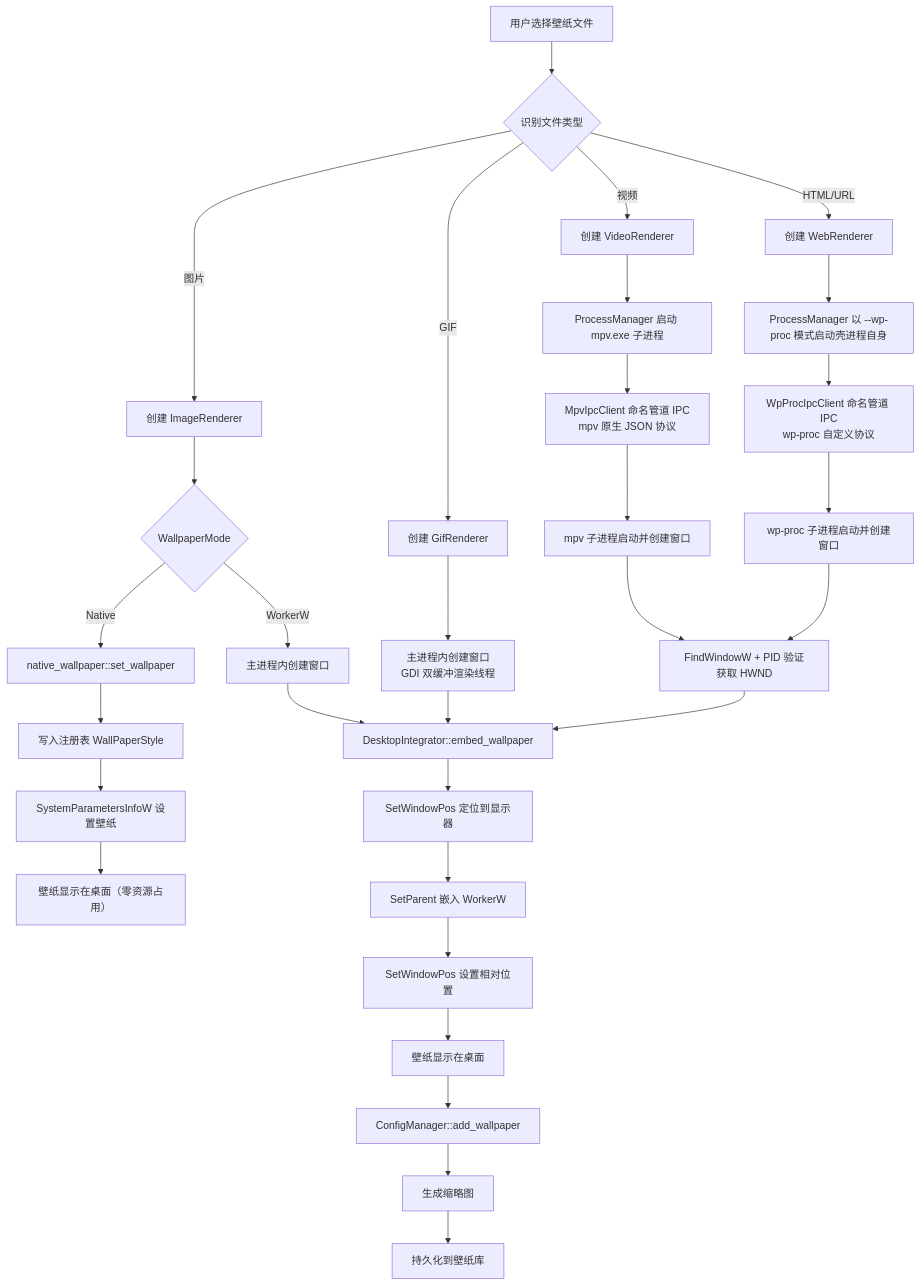
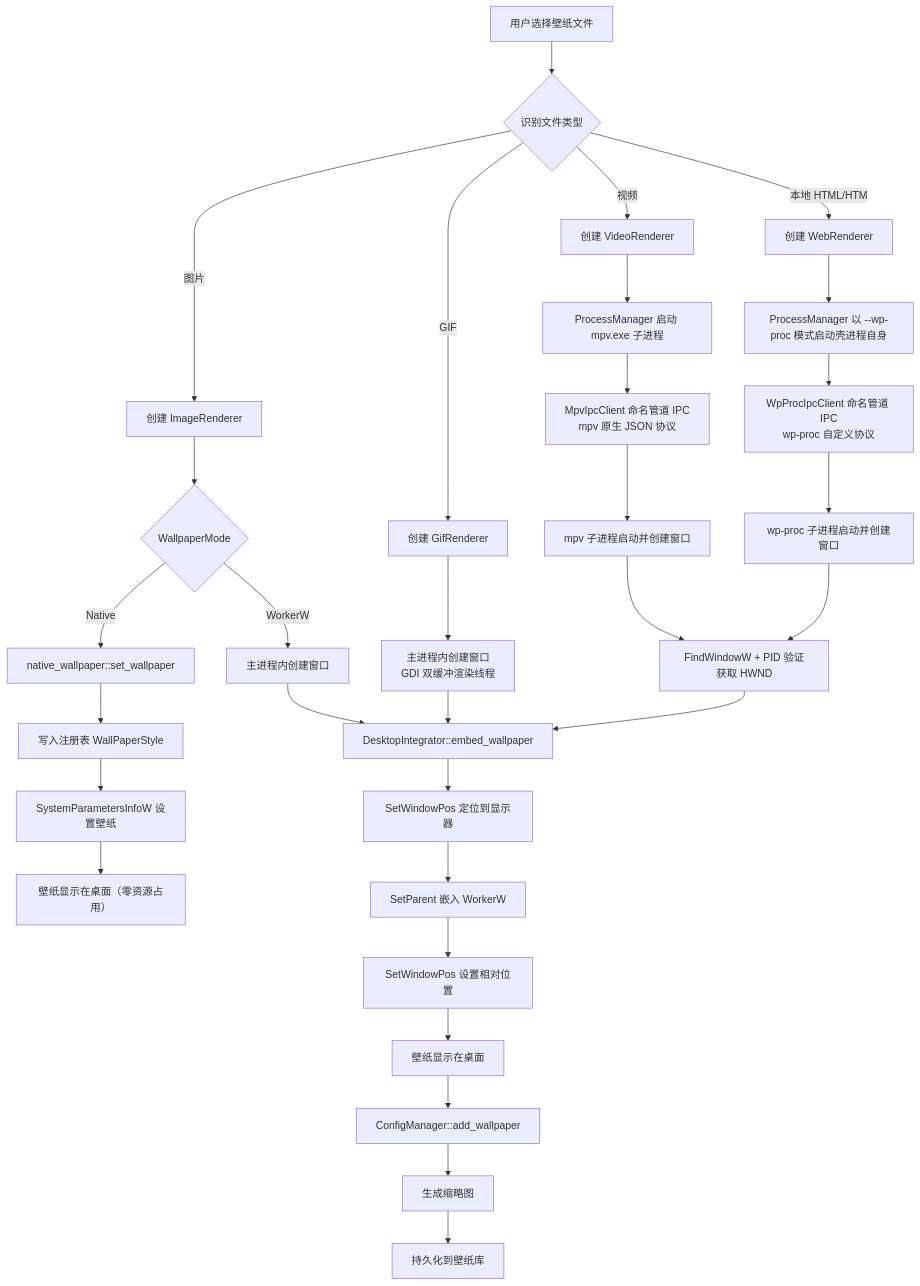
The second of 5 diagrams in docs/02-架构与技术栈/08-依赖与数据流-Dependency-and-Data-Flow.md (Wunseol/mirrorstar-wallpaper), drawn with Mermaid before and after one commit. The commit also changed other lines of this file and 42 other files, not shown here.

````diff
--- a/docs/02-架构与技术栈/08-依赖与数据流-Dependency-and-Data-Flow.md
+++ b/docs/02-架构与技术栈/08-依赖与数据流-Dependency-and-Data-Flow.md
@@ -77,40 +75,40 @@
 ```mermaid
 flowchart TD
     A[用户选择壁纸文件] --> B{识别文件类型}
     B -->|视频| C1[创建 VideoRenderer]
     B -->|GIF| C2[创建 GifRenderer]
-    B -->|HTML/URL| C3[创建 WebRenderer]
+    B -->|本地 HTML/HTM| C3[创建 WebRenderer]
     B -->|图片| C4[创建 ImageRenderer]
 
     C1 --> D1[ProcessManager 启动 mpv.exe 子进程]
     D1 --> D1a[MpvIpcClient 命名管道 IPC<br/>mpv 原生 JSON 协议]
     C3 --> D2[ProcessManager 以 --wp-proc 模式启动壳进程自身]
     D2 --> D2a[WpProcIpcClient 命名管道 IPC<br/>wp-proc 自定义协议]
     C2 --> EW2[主进程内创建窗口<br/>GDI 双缓冲渲染线程]
     C4 --> E{WallpaperMode}
 
     E -->|Native| EN[native_wallpaper::set_wallpaper]
     EN --> EN1[写入注册表 WallPaperStyle]
     EN1 --> EN2[SystemParametersInfoW 设置壁纸]
     EN2 --> EN3[壁纸显示在桌面（零资源占用）]
 
     E -->|WorkerW| EW[主进程内创建窗口]
 
     D1a --> F1[mpv 子进程启动并创建窗口]
     D2a --> F2[wp-proc 子进程启动并创建窗口]
     F1 --> G[FindWindowW + PID 验证获取 HWND]
     F2 --> G
 
     EW --> I[DesktopIntegrator::embed_wallpaper]
     EW2 --> I
     G --> I
 
     I --> J[SetWindowPos 定位到显示器]
     J --> L[SetParent 嵌入 WorkerW]
     L --> M[SetWindowPos 设置相对位置]
     M --> N[壁纸显示在桌面]
 
     N --> O[ConfigManager::add_wallpaper]
     O --> P[生成缩略图]
     P --> Q[持久化到壁纸库]
 ```
````
